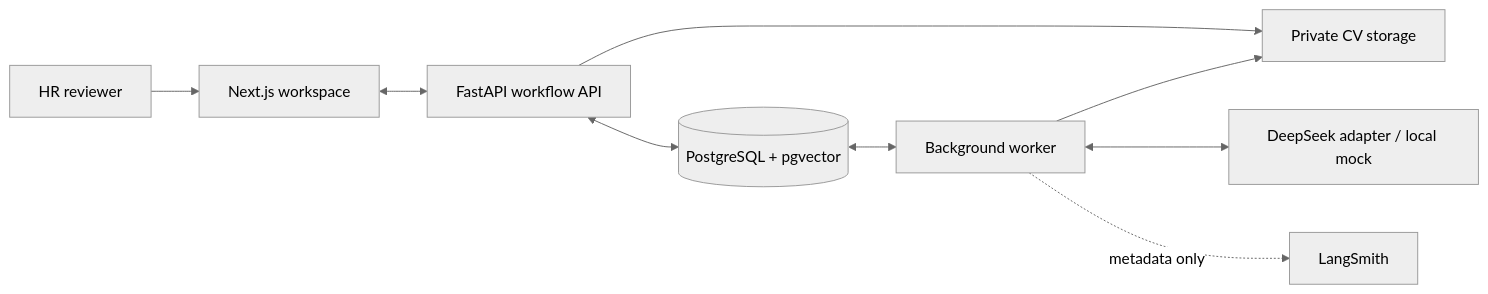
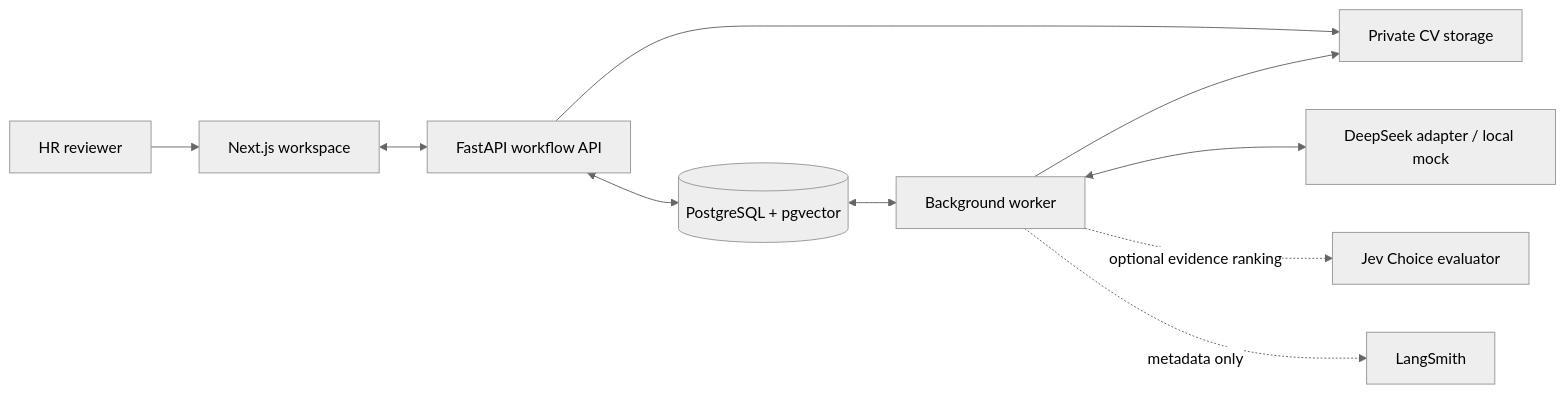
The first of 2 diagrams in README.md (DucPh4t/TalentScreen-AI), drawn with Mermaid (neutral theme) before and after one commit. The commit also changed other lines of this file and 13 other files, not shown here.

Commit message:
fix: preserve shadow retrieval and record live Jev release evidence

````diff
--- a/README.md
+++ b/README.md
@@ -63,11 +64,12 @@
 ```mermaid
 flowchart LR
     HR["HR reviewer"] --> WEB["Next.js workspace"]
     WEB <--> API["FastAPI workflow API"]
     API <--> DB[("PostgreSQL + pgvector")]
     API --> FILES["Private CV storage"]
     DB <--> WORKER["Background worker"]
     WORKER --> FILES
     WORKER <--> LLM["DeepSeek adapter / local mock"]
+    WORKER -. "optional evidence ranking" .-> JEV["Jev Choice evaluator"]
     WORKER -. "metadata only" .-> TRACE["LangSmith"]
 ```
````
